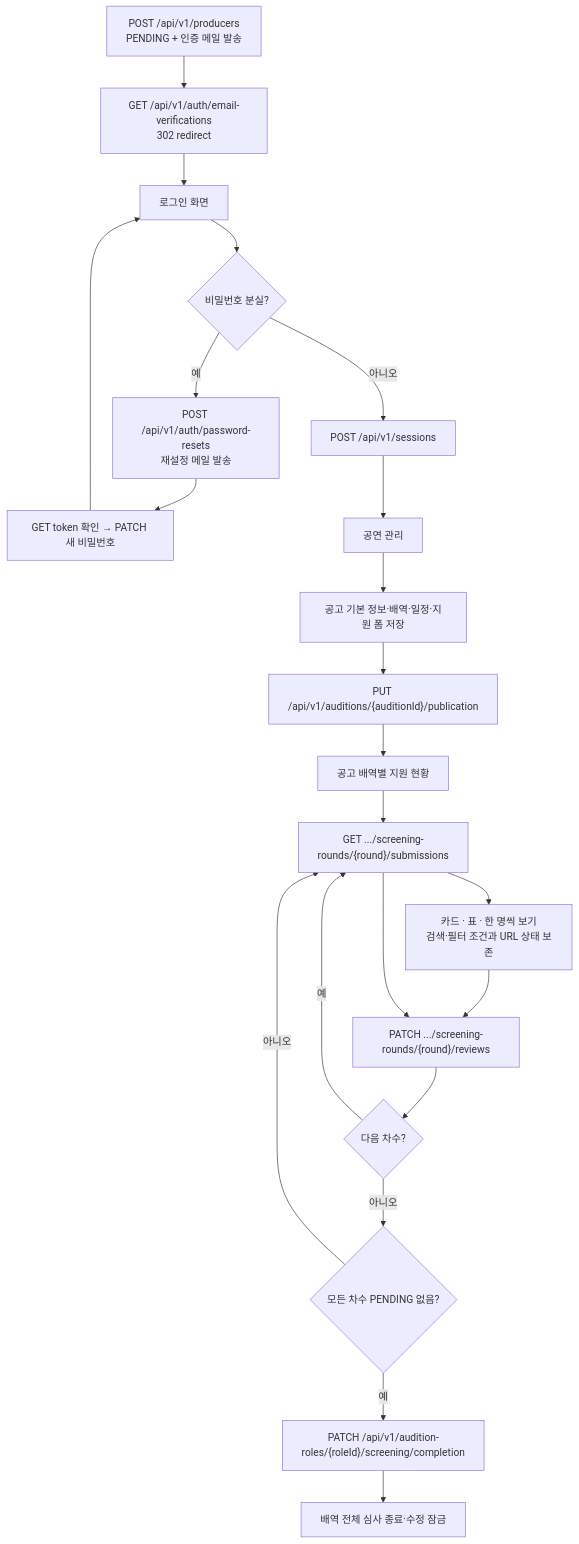
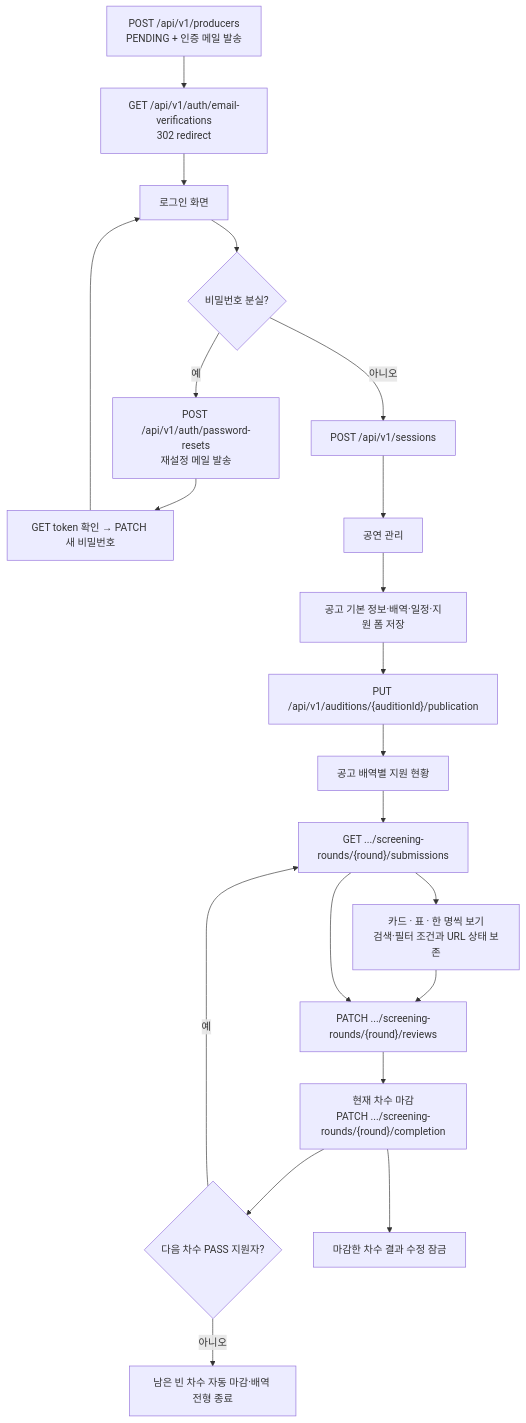
One commit to woowacourse-teams/2026-yesulin changed the diagram in frontend/docs/user-flows/producer.mmd. Above: the diagram before and after it, drawn with Mermaid. The commit also changed 5 other files, not shown here.

```diff
--- a/frontend/docs/user-flows/producer.mmd
+++ b/frontend/docs/user-flows/producer.mmd
@@ -1,22 +1,21 @@
 flowchart TD
     SIGNUP["POST /api/v1/producers<br>PENDING + 인증 메일 발송"] --> VERIFY["GET /api/v1/auth/email-verifications<br>302 redirect"]
     VERIFY --> LOGIN_FORM["로그인 화면"]
     LOGIN_FORM --> FORGOT{"비밀번호 분실?"}
     FORGOT -- 예 --> RESET_MAIL["POST /api/v1/auth/password-resets<br>재설정 메일 발송"]
     RESET_MAIL --> RESET["GET token 확인 → PATCH 새 비밀번호"]
     RESET --> LOGIN_FORM
     FORGOT -- 아니오 --> LOGIN["POST /api/v1/sessions"]
     LOGIN --> PERFORMANCE["공연 관리"]
     PERFORMANCE --> AUDITION["공고 기본 정보·배역·일정·지원 폼 저장"]
     AUDITION --> PUBLISH["PUT /api/v1/auditions/{auditionId}/publication"]
     PUBLISH --> ROLE["공고 배역별 지원 현황"]
     ROLE --> BOARD["GET .../screening-rounds/{round}/submissions"]
     BOARD --> FOCUS["카드 · 표 · 한 명씩 보기\n검색·필터 조건과 URL 상태 보존"]
     FOCUS --> REVIEW
     BOARD --> REVIEW["PATCH .../screening-rounds/{round}/reviews"]
-    REVIEW --> NEXT{"다음 차수?"}
+    REVIEW --> COMPLETE["현재 차수 마감<br>PATCH .../screening-rounds/{round}/completion"]
+    COMPLETE --> NEXT{"다음 차수 PASS 지원자?"}
     NEXT -- 예 --> BOARD
-    NEXT -- 아니오 --> READY{"모든 차수 PENDING 없음?"}
-    READY -- 아니오 --> BOARD
-    READY -- 예 --> COMPLETE["PATCH /api/v1/audition-roles/{roleId}/screening/completion"]
-    COMPLETE --> LOCKED["배역 전체 심사 종료·수정 잠금"]
+    NEXT -- 아니오 --> LOCKED["남은 빈 차수 자동 마감·배역 전형 종료"]
+    COMPLETE --> CURRENT_LOCKED["마감한 차수 결과 수정 잠금"]
```
